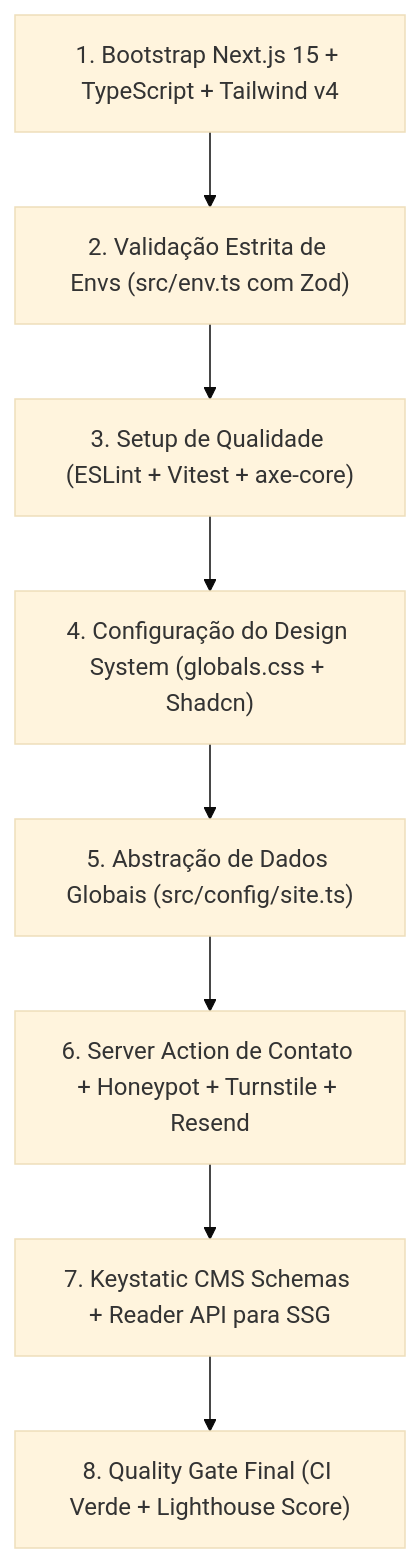
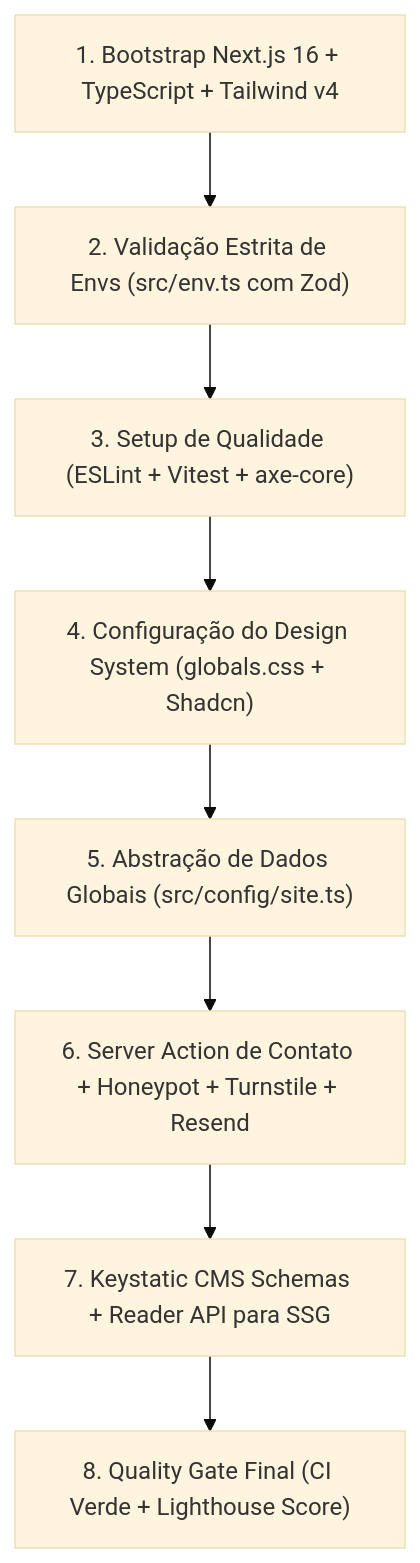
Before and after one commit to heviane/institutional-website-template: the diagram in docs/08-architecture-review-phase1.md, drawn with Mermaid (base theme). The commit also changed other lines of this file and 10 other files, not shown here.

````diff
--- a/docs/08-architecture-review-phase1.md
+++ b/docs/08-architecture-review-phase1.md
@@ -76,10 +76,10 @@
 ```mermaid
 flowchart TD
-    A["1. Bootstrap Next.js 15 + TypeScript + Tailwind v4"] --> B["2. Validação Estrita de Envs (src/env.ts com Zod)"]
+    A["1. Bootstrap Next.js 16 + TypeScript + Tailwind v4"] --> B["2. Validação Estrita de Envs (src/env.ts com Zod)"]
     B --> C["3. Setup de Qualidade (ESLint + Vitest + axe-core)"]
     C --> D["4. Configuração do Design System (globals.css + Shadcn)"]
     D --> E["5. Abstração de Dados Globais (src/config/site.ts)"]
     E --> F["6. Server Action de Contato + Honeypot + Turnstile + Resend"]
     F --> G["7. Keystatic CMS Schemas + Reader API para SSG"]
     G --> H["8. Quality Gate Final (CI Verde + Lighthouse Score)"]
 ```
````
